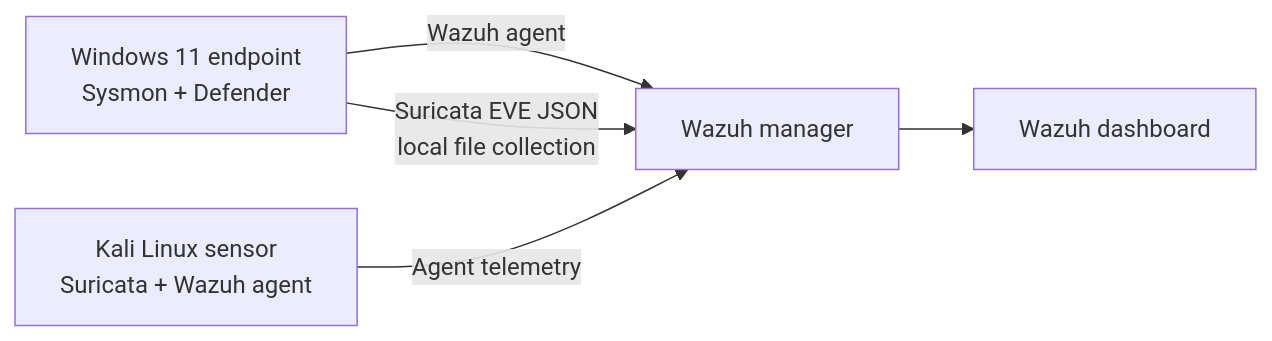
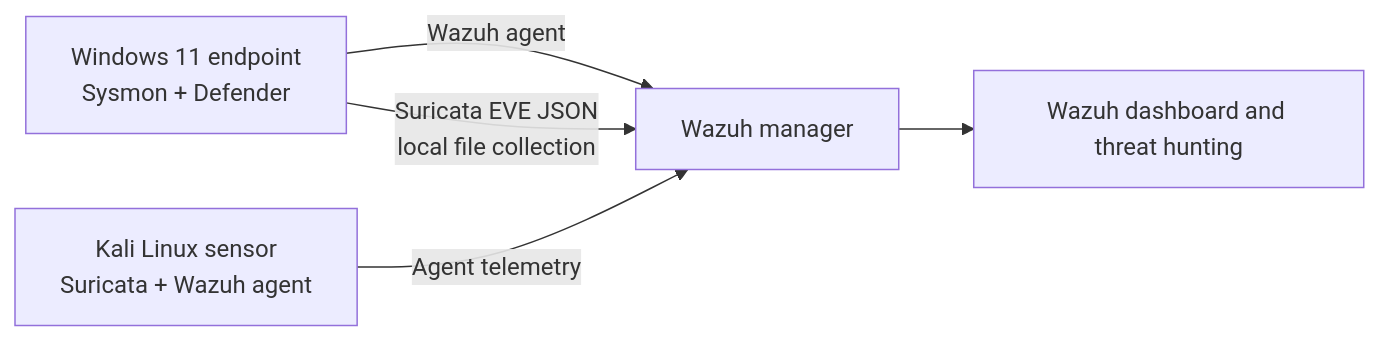
The diagram in README.md (chandanboyina/SOC-Endpoint-Detection-and-Response-Lab), drawn with Mermaid before and after one commit. The commit also changed other lines of this file, not shown here.

Commit message:
Document SOC and threat hunting dashboards in README

````diff
--- a/README.md
+++ b/README.md
@@ -17,7 +55,7 @@
 ```mermaid
 flowchart LR
   W[Windows 11 endpoint<br/>Sysmon + Defender] -->|Wazuh agent| M[Wazuh manager]
   W -->|Suricata EVE JSON<br/>local file collection| M
   K[Kali Linux sensor<br/>Suricata + Wazuh agent] -->|Agent telemetry| M
-  M --> D[Wazuh dashboard]
+  M --> D[Wazuh dashboard and threat hunting]
 ```
````
